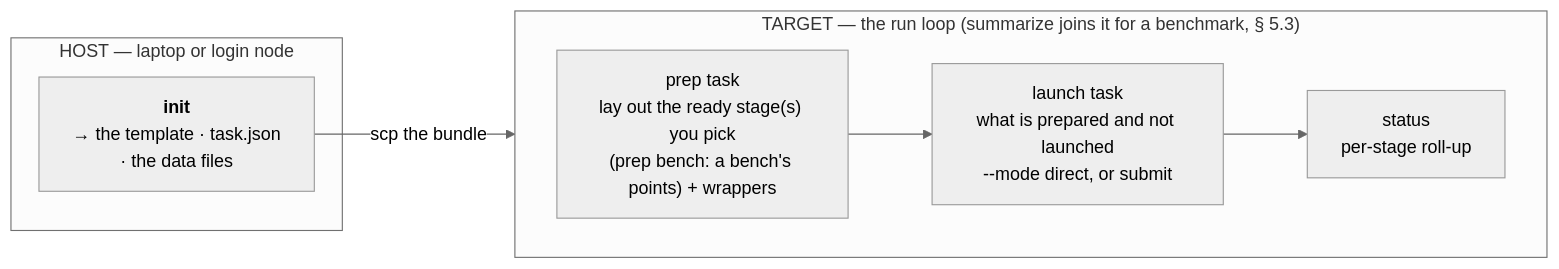
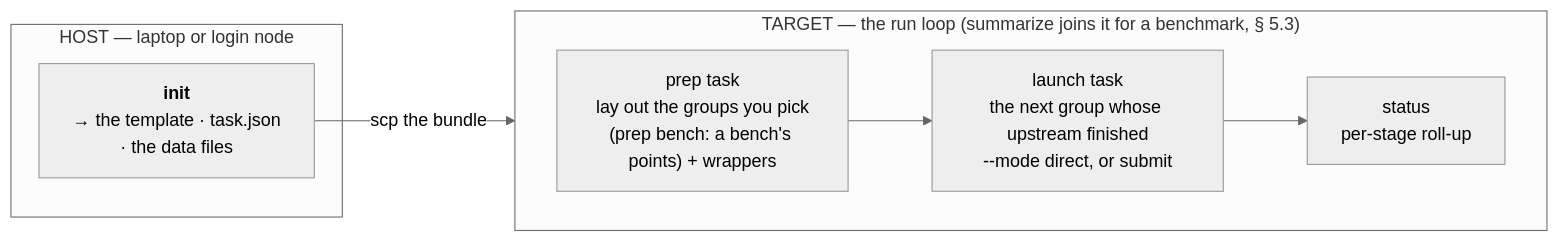
Before and after one commit to Qing-LAB/molbuilder: the tenth of 19 diagrams in docs/execution/job-system.md, drawn with Mermaid (neutral theme). The commit also changed other lines of this file and 282 other files, not shown here.

````diff
--- a/docs/execution/job-system.md
+++ b/docs/execution/job-system.md
@@ -929,14 +1359,14 @@
 ```mermaid
 flowchart LR
     subgraph host["HOST — laptop or login node"]
       P["<b>init</b><br/>→ the template · task.json<br/>· the data files"]
     end
     subgraph target["TARGET — the run loop (summarize joins it for a benchmark, § 5.3)"]
       direction LR
-      PR["prep task<br/>lay out the ready stage(s) you pick<br/>(prep bench: a bench's points) + wrappers"]
-      SU["launch task<br/>what is prepared and not launched<br/>--mode direct, or submit"]
+      PR["prep task<br/>lay out the groups you pick<br/>(prep bench: a bench's points) + wrappers"]
+      SU["launch task<br/>the next group whose upstream finished<br/>--mode direct, or submit"]
       ST["status<br/>per-stage roll-up"]
       PR --> SU --> ST
     end
     P -->|"scp the bundle"| PR
 ```
````
